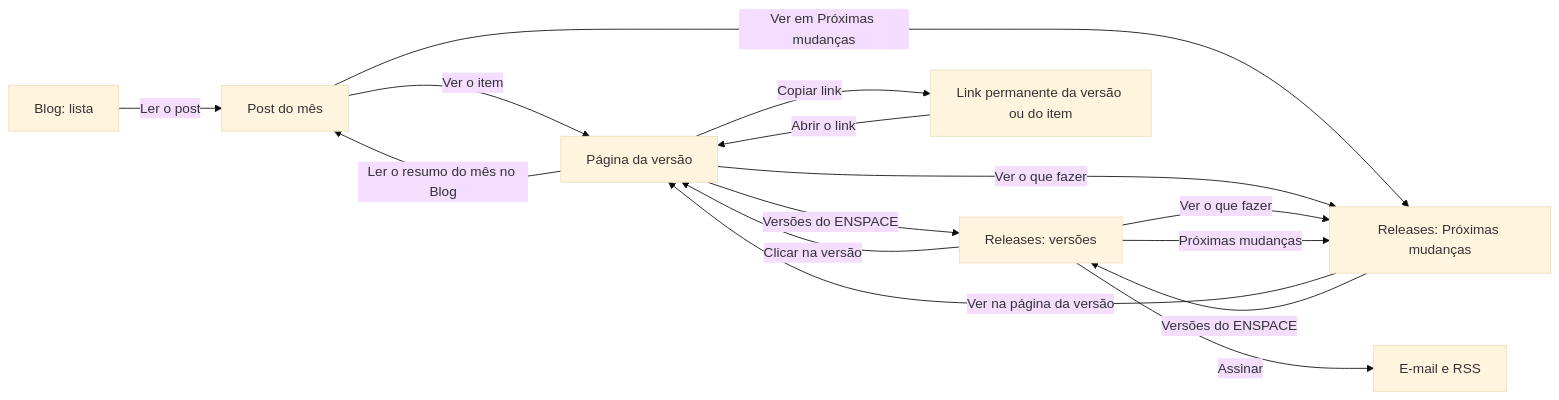
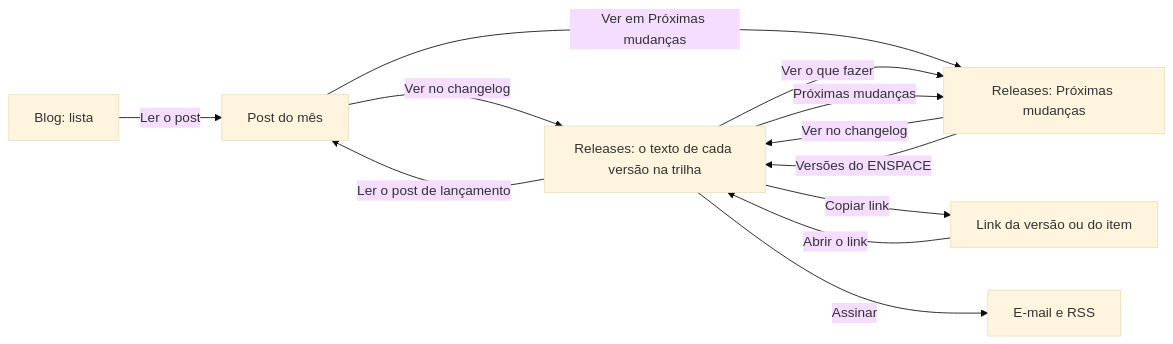
Before and after one commit to pernalombr4/prototipos: the diagram in app/pages/releases-no-docs/DECISOES.md, drawn with Mermaid (base theme). The commit also changed other lines of this file and 19 other files, not shown here.

Commit message:
[PROTO] releases-no-docs — rodada 4 — changelog lido na trilha (#body do UChangelogVersion, texto simples), sem página da versão, 2 rótulos no máximo, banner do Blog com mês e ano

````diff
--- a/app/pages/releases-no-docs/DECISOES.md
+++ b/app/pages/releases-no-docs/DECISOES.md
@@ -20,17 +20,14 @@
 ```mermaid
 flowchart LR
   B[Blog: lista] -->|Ler o post| P[Post do mês]
-  P -->|Ver o item| V[Página da versão]
+  P -->|Ver no changelog| C[Releases: o texto de cada versão na trilha]
   P -->|Ver em Próximas mudanças| M[Releases: Próximas mudanças]
-  C[Releases: versões] -->|Clicar na versão| V
-  V -->|Versões do ENSPACE| C
-  V -->|Ler o resumo do mês no Blog| P
-  V -->|Ver o que fazer| M
+  C -->|Ler o post de lançamento| P
   C -->|Ver o que fazer| M
   C -->|Próximas mudanças| M
-  M -->|Ver na página da versão| V
+  M -->|Ver no changelog| C
   M -->|Versões do ENSPACE| C
-  V -->|Copiar link| L[Link permanente da versão ou do item]
-  L -->|Abrir o link| V
+  C -->|Copiar link| L[Link da versão ou do item]
+  L -->|Abrir o link| C
   C -->|Assinar| A[E-mail e RSS]
 ```
````
